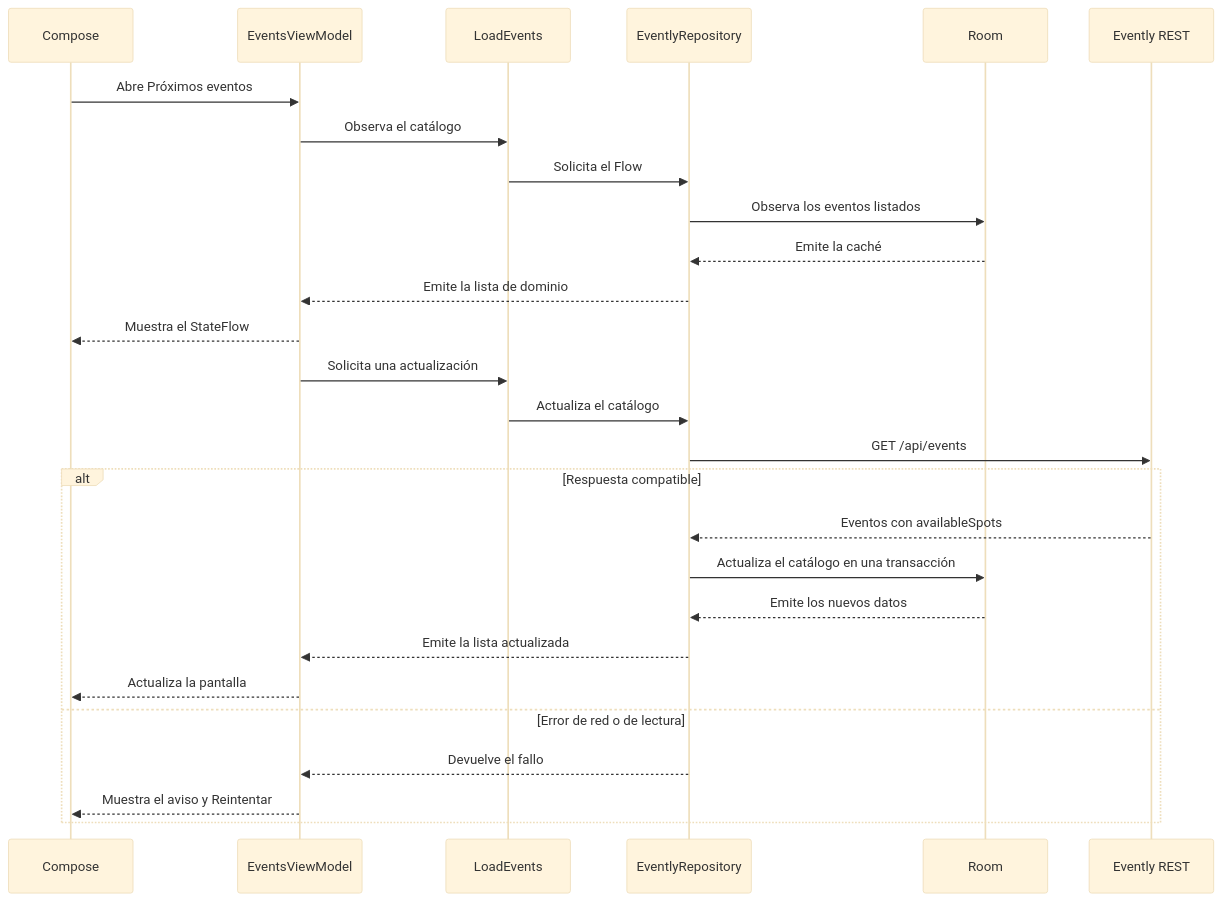
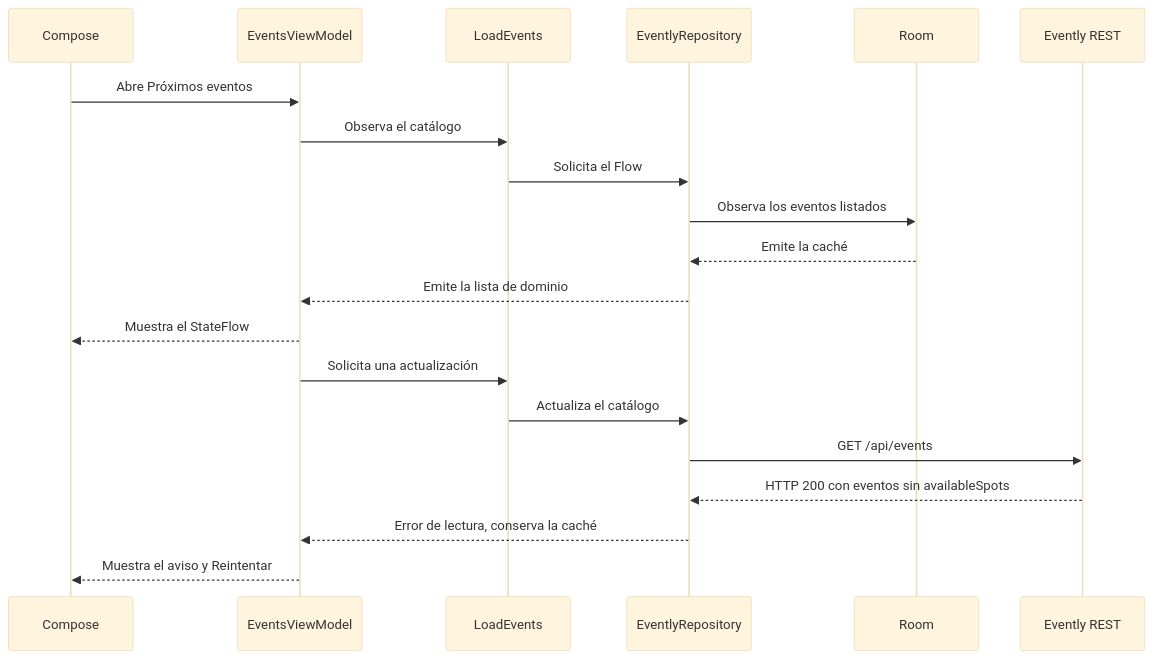
The diagram in docs/README.md (PoolDYer/app-events), drawn with Mermaid (base theme) before and after one commit. The commit also changed other lines of this file and 3 other files, not shown here.

````diff
--- a/docs/README.md
+++ b/docs/README.md
@@ -139,30 +139,23 @@
 ```mermaid
 sequenceDiagram
     participant UI as Compose
     participant VM as EventsViewModel
     participant UC as LoadEvents
     participant R as EventlyRepository
     participant DB as Room
     participant API as Evently REST
 
     UI->>VM: Abre Próximos eventos
     VM->>UC: Observa el catálogo
     UC->>R: Solicita el Flow
     R->>DB: Observa los eventos listados
     DB-->>R: Emite la caché
     R-->>VM: Emite la lista de dominio
     VM-->>UI: Muestra el StateFlow
     VM->>UC: Solicita una actualización
     UC->>R: Actualiza el catálogo
     R->>API: GET /api/events
-    alt Respuesta compatible
-        API-->>R: Eventos con availableSpots
-        R->>DB: Actualiza el catálogo en una transacción
-        DB-->>R: Emite los nuevos datos
-        R-->>VM: Emite la lista actualizada
-        VM-->>UI: Actualiza la pantalla
-    else Error de red o de lectura
-        R-->>VM: Devuelve el fallo
-        VM-->>UI: Muestra el aviso y Reintentar
-    end
+    API-->>R: HTTP 200 con eventos sin availableSpots
+    R-->>VM: Error de lectura, conserva la caché
+    VM-->>UI: Muestra el aviso y Reintentar
 ```
````
